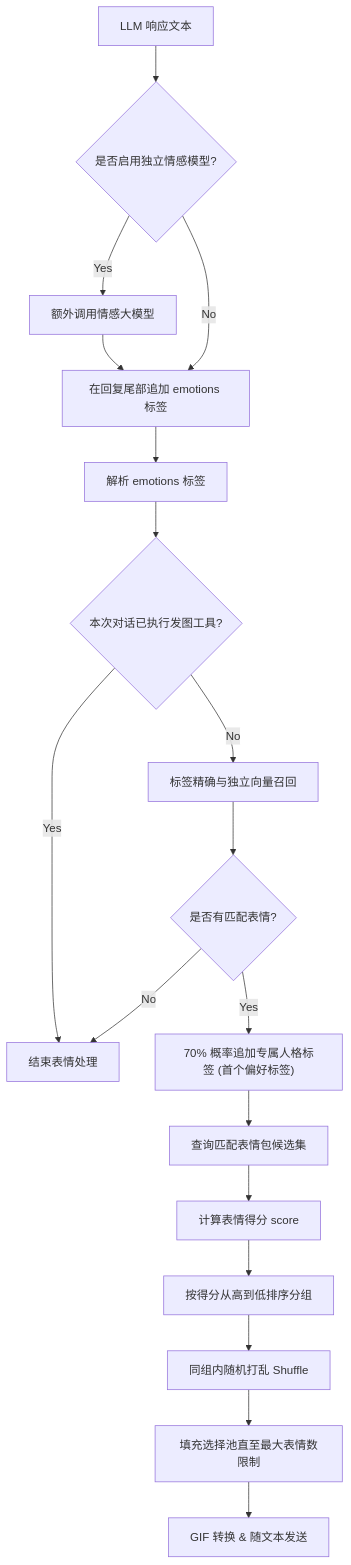
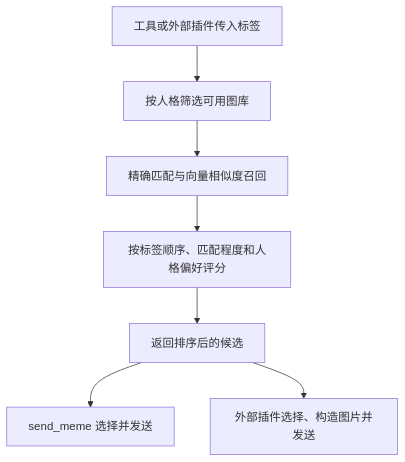
One commit to Yao-lin101/astrbot_plugin_meme_manager changed the diagram in README.md. Above: the diagram before and after it, drawn with Mermaid. The commit also changed other lines of this file and 31 other files, not shown here.

````diff
--- a/README.md
+++ b/README.md
@@ -251,19 +18,9 @@
 ```mermaid
-graph TD
-    A[LLM 响应文本] --> A1{是否启用独立情感模型?}
-    A1 -- Yes --> A2[额外调用情感大模型] --> A3[在回复尾部追加 emotions 标签]
-    A1 -- No --> A3
-    A3 --> B[解析 emotions 标签]
-    B --> B1{本次对话已执行发图工具?}
-    B1 -- Yes --> F["结束表情处理 (Tool-Bypass 旁路)"]
-    B1 -- No --> C[标签精确与独立向量召回]
-    C --> D{是否有匹配表情?}
-    D -- Yes --> E["70% 概率追加专属人格标签 (首个偏好标签)"]
-    D -- No --> F[结束表情处理]
-    E --> G[查询匹配表情包候选集]
-    G --> H[计算表情得分 score]
-    H --> I[按得分从高到低排序分组]
-    I --> J[同组内随机打乱 Shuffle]
-    J --> K[填充选择池直至最大表情数限制]
-    K --> L[GIF 转换 & 随文本发送]
+flowchart TD
+    A[工具或外部插件传入标签] --> B[按人格筛选可用图库]
+    B --> C[精确匹配与向量相似度召回]
+    C --> D[按标签顺序、匹配程度和人格偏好评分]
+    D --> E[返回排序后的候选]
+    E --> F[send_meme 选择并发送]
+    E --> G[外部插件选择、构造图片并发送]
 ```
````
